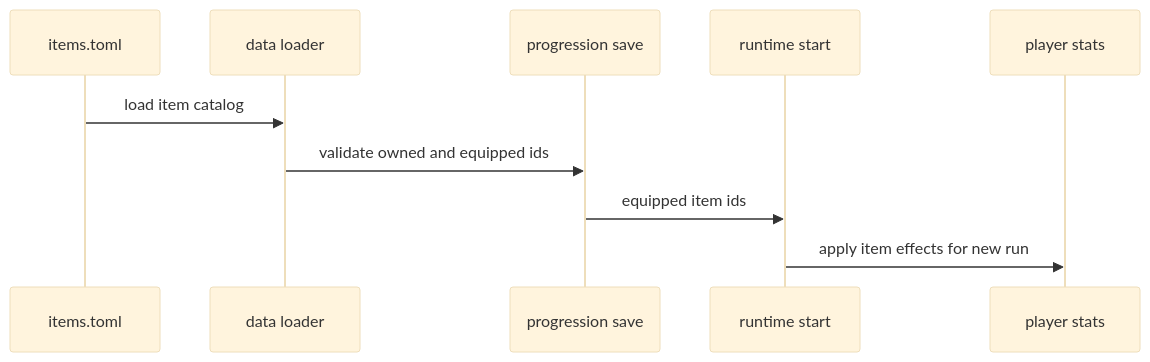
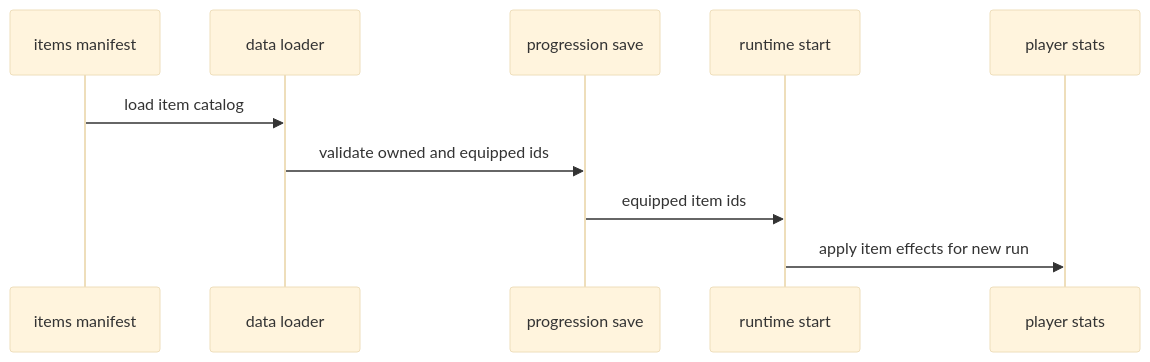
One commit to soulwax/EchoWiki changed the second of 3 diagrams in src/content/docs/pages/guides/example-item-equipment.md. Above: the diagram before and after it, drawn with Mermaid (base theme). The commit also changed 28 other files, not shown here.

Commit message:
docs: deepen architecture wiki and automate audits

````diff
--- a/src/content/docs/pages/guides/example-item-equipment.md
+++ b/src/content/docs/pages/guides/example-item-equipment.md
@@ -67,13 +67,13 @@
 ```mermaid
 sequenceDiagram
-    participant TOML as items.toml
+    participant TOML as items manifest
     participant Loader as data loader
     participant Save as progression save
     participant Runtime as runtime start
     participant Player as player stats
 
     TOML->>Loader: load item catalog
     Loader->>Save: validate owned and equipped ids
     Save->>Runtime: equipped item ids
     Runtime->>Player: apply item effects for new run
 ```
````
